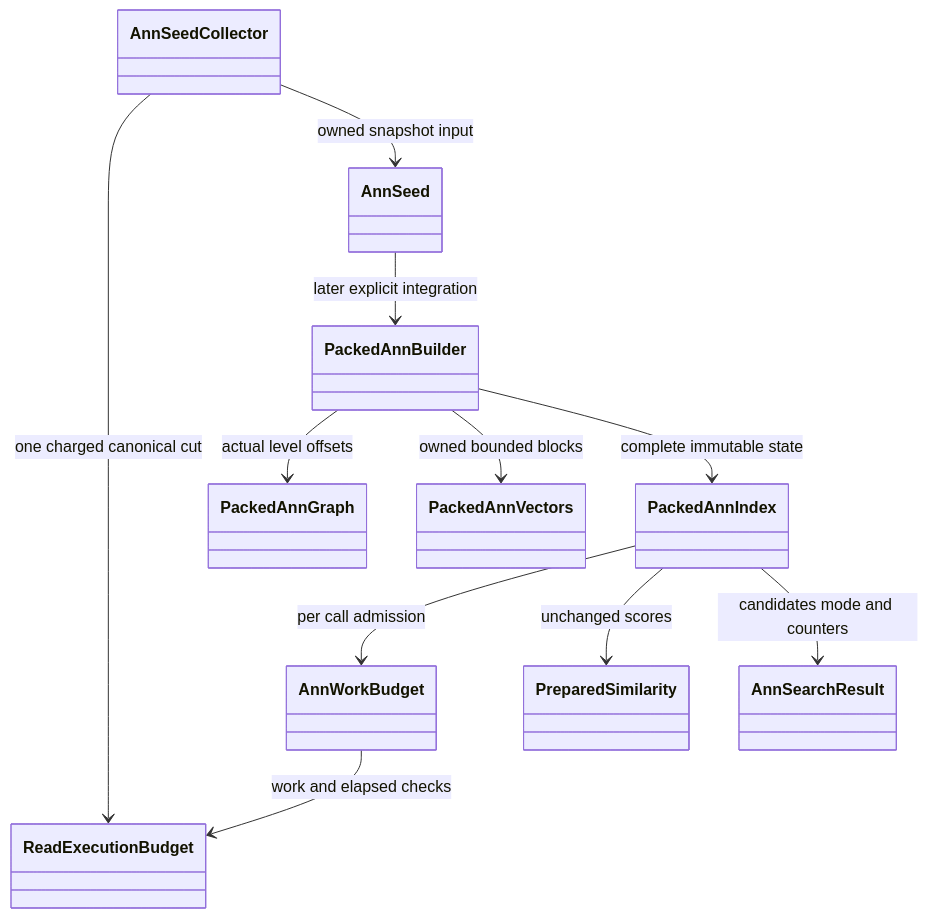
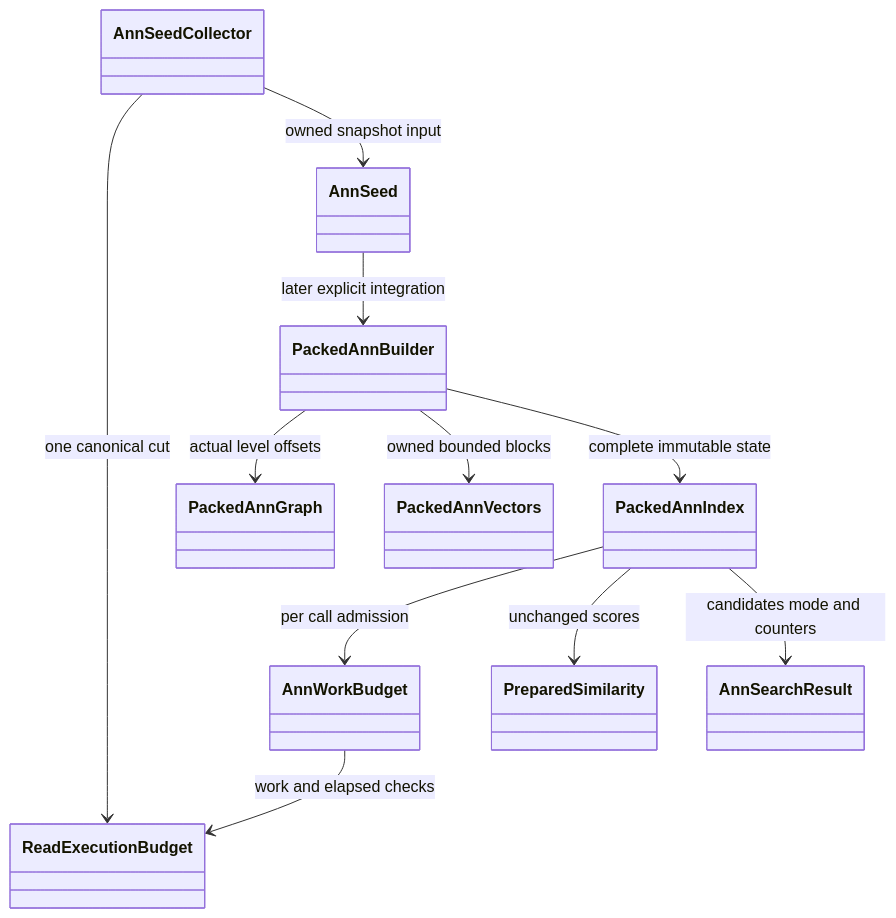
Diagram 16 of 26 in docs/Architecture.md (managedcode/KeyLoad), drawn with Mermaid before and after one commit. The commit also changed other lines of this file and 673 other files, not shown here.

````diff
--- a/docs/Architecture.md
+++ b/docs/Architecture.md
@@ -562,13 +574,13 @@
 ```mermaid
 classDiagram
-    AnnSeedCollector --> ReadExecutionBudget : one charged canonical cut
+    AnnSeedCollector --> ReadExecutionBudget : one canonical cut
     AnnSeedCollector --> AnnSeed : owned snapshot input
     AnnSeed --> PackedAnnBuilder : later explicit integration
     AnnWorkBudget --> ReadExecutionBudget : work and elapsed checks
     PackedAnnBuilder --> PackedAnnGraph : actual level offsets
     PackedAnnBuilder --> PackedAnnVectors : owned bounded blocks
     PackedAnnBuilder --> PackedAnnIndex : complete immutable state
     PackedAnnIndex --> AnnWorkBudget : per call admission
     PackedAnnIndex --> PreparedSimilarity : unchanged scores
     PackedAnnIndex --> AnnSearchResult : candidates mode and counters
 ```
````
